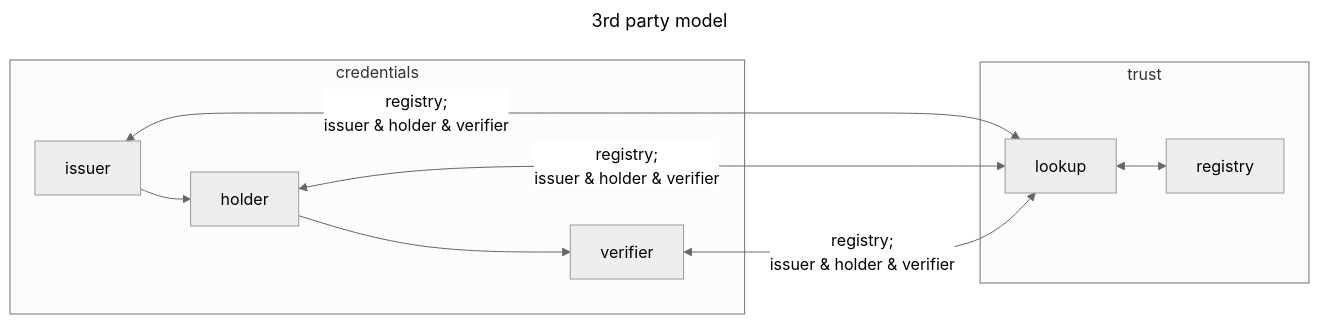
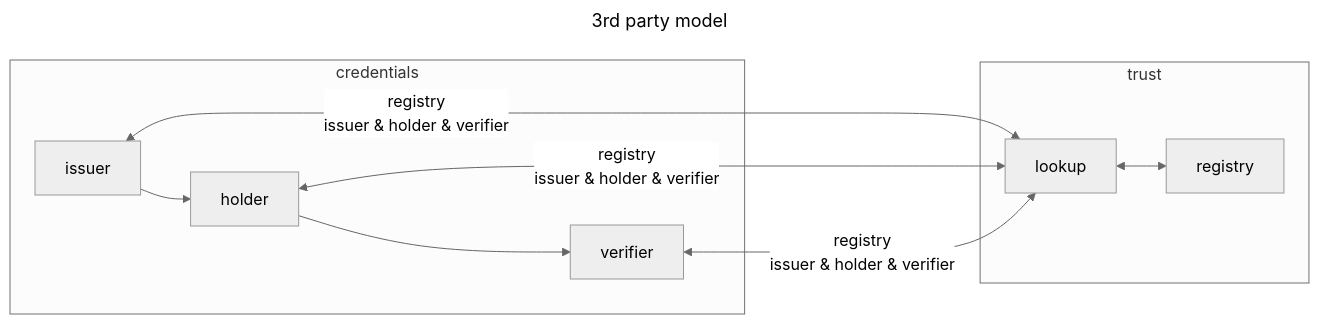
The second of 2 diagrams in webuild-drafts/draft-leifj-local-trust-resolver.md (leifj/webuild-architecture), drawn with Mermaid (neutral theme) before and after one commit.

````diff
--- a/webuild-drafts/draft-leifj-local-trust-resolver.md
+++ b/webuild-drafts/draft-leifj-local-trust-resolver.md
@@ -43,15 +43,15 @@
 ```mermaid
 ---
 title: 3rd party model
 ---
-flowchart LR;
+flowchart LR
    subgraph credentials
-   issuer-->holder;
-   holder-->verifier;
+   issuer --> holder
+   holder --> verifier
    end
    subgraph trust
-   lookup <--> registry;
+   lookup <--> registry
    end
-   issuer & holder & verifier <-- registry;
-   issuer & holder & verifier --> lookup;
+   issuer & holder & verifier <-- registry
+   issuer & holder & verifier --> lookup
 ```
````
